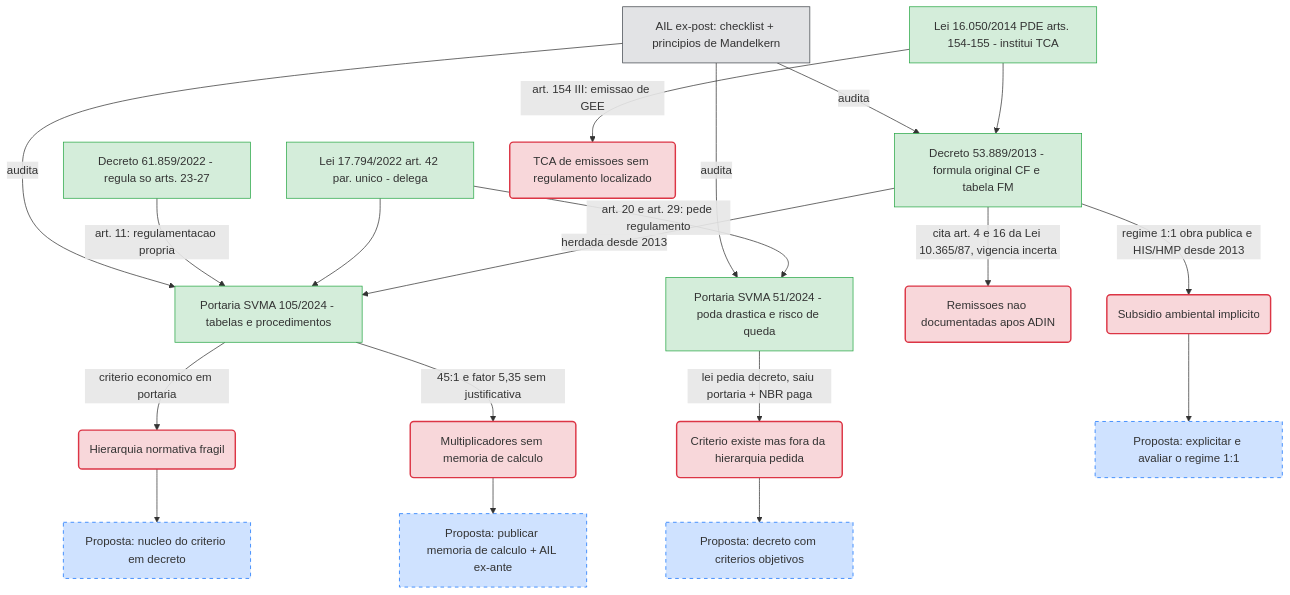
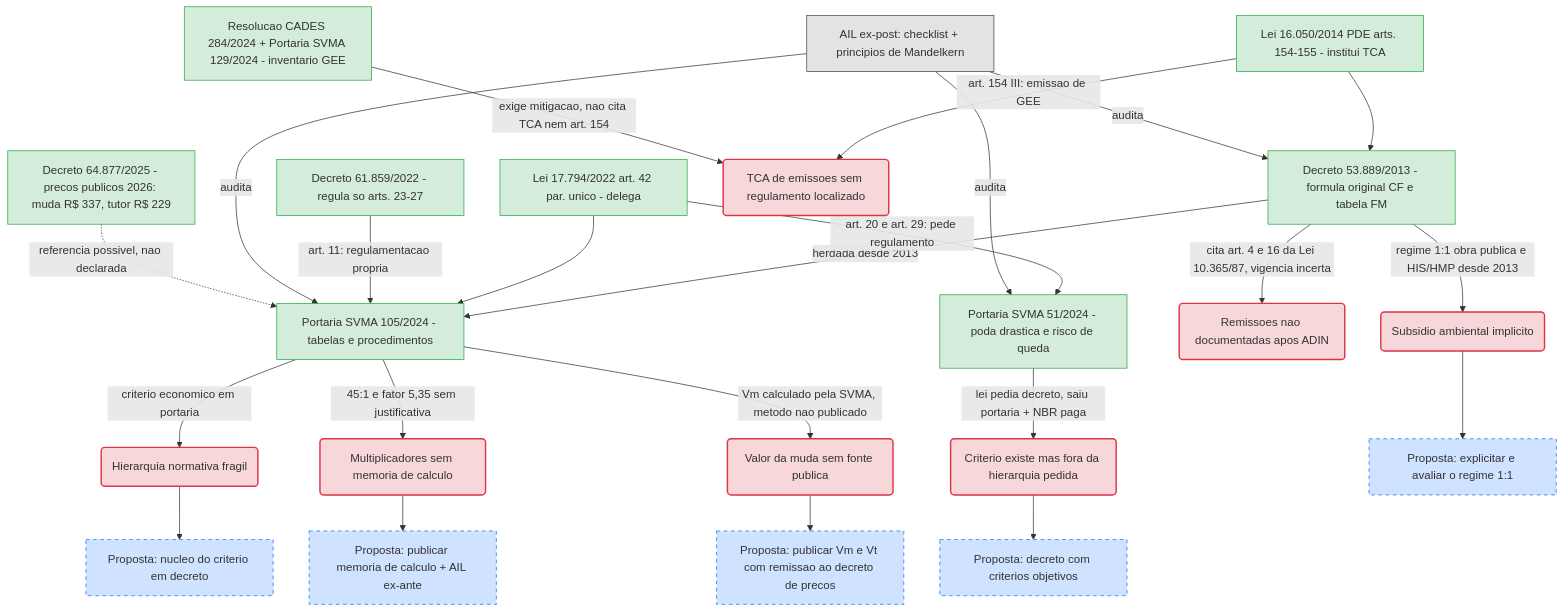
One commit to redeambientalbutanta-alt/arboriki changed the diagram in wiki/projetos/questionar-criterios-tca.md. Above: the diagram before and after it, drawn with Mermaid. The commit also changed other lines of this file and 42 other files, not shown here.

````diff
--- a/wiki/projetos/questionar-criterios-tca.md
+++ b/wiki/projetos/questionar-criterios-tca.md
@@ -105,34 +129,40 @@
 ```mermaid
 flowchart TD
     classDef metodo fill:#e2e3e5,stroke:#41464b,stroke-width:1px;
     classDef municipal fill:#d4edda,stroke:#28a745,stroke-width:1px;
     classDef lacuna fill:#f8d7da,stroke:#dc3545,stroke-width:2px;
     classDef proposta fill:#cfe2ff,stroke:#0d6efd,stroke-width:1px,stroke-dasharray: 5 5;
 
     PDE[Lei 16.050/2014 PDE arts. 154-155 - institui TCA]:::municipal
     L17794[Lei 17.794/2022 art. 42 par. unico - delega]:::municipal
     D61859[Decreto 61.859/2022 - regula so arts. 23-27]:::municipal
     D53889[Decreto 53.889/2013 - formula original CF e tabela FM]:::municipal
     P105[Portaria SVMA 105/2024 - tabelas e procedimentos]:::municipal
     P51[Portaria SVMA 51/2024 - poda drastica e risco de queda]:::municipal
     AIL[AIL ex-post: checklist + principios de Mandelkern]:::metodo
 
     PDE --> D53889
     D53889 -->|herdada desde 2013| P105
     L17794 --> P105
     L17794 -->|art. 20 e art. 29: pede regulamento| P51
     D61859 -->|art. 11: regulamentacao propria| P105
     AIL -->|audita| P105
     AIL -->|audita| D53889
     AIL -->|audita| P51
     D53889 -->|cita art. 4 e 16 da Lei 10.365/87, vigencia incerta| G2(Remissoes nao documentadas apos ADIN):::lacuna
     P105 -->|criterio economico em portaria| G1(Hierarquia normativa fragil):::lacuna
     P105 -->|45:1 e fator 5,35 sem justificativa| G3(Multiplicadores sem memoria de calculo):::lacuna
     P51 -->|lei pedia decreto, saiu portaria + NBR paga| G4(Criterio existe mas fora da hierarquia pedida):::lacuna
     D53889 -->|regime 1:1 obra publica e HIS/HMP desde 2013| G5(Subsidio ambiental implicito):::lacuna
+    D64877[Decreto 64.877/2025 - precos publicos 2026: muda R$ 337, tutor R$ 229]:::municipal
+    CADES[Resolucao CADES 284/2024 + Portaria SVMA 129/2024 - inventario GEE]:::municipal
     PDE -->|art. 154 III: emissao de GEE| G6(TCA de emissoes sem regulamento localizado):::lacuna
+    CADES -->|exige mitigacao, nao cita TCA nem art. 154| G6
+    D64877 -.->|referencia possivel, nao declarada| P105
+    P105 -->|Vm calculado pela SVMA, metodo nao publicado| G7(Valor da muda sem fonte publica):::lacuna
+    G7 --> P5[Proposta: publicar Vm e Vt com remissao ao decreto de precos]:::proposta
     G1 --> P1[Proposta: nucleo do criterio em decreto]:::proposta
     G3 --> P2[Proposta: publicar memoria de calculo + AIL ex-ante]:::proposta
     G4 --> P3[Proposta: decreto com criterios objetivos]:::proposta
     G5 --> P4[Proposta: explicitar e avaliar o regime 1:1]:::proposta
 ```
````
